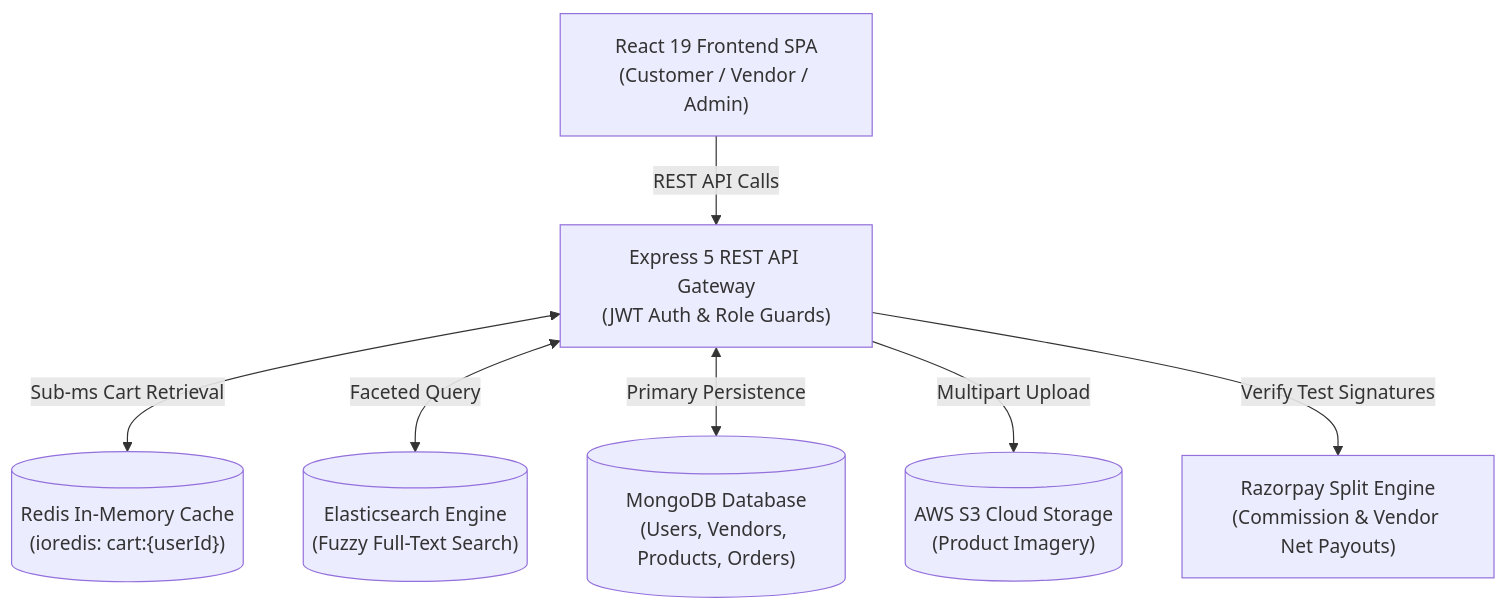
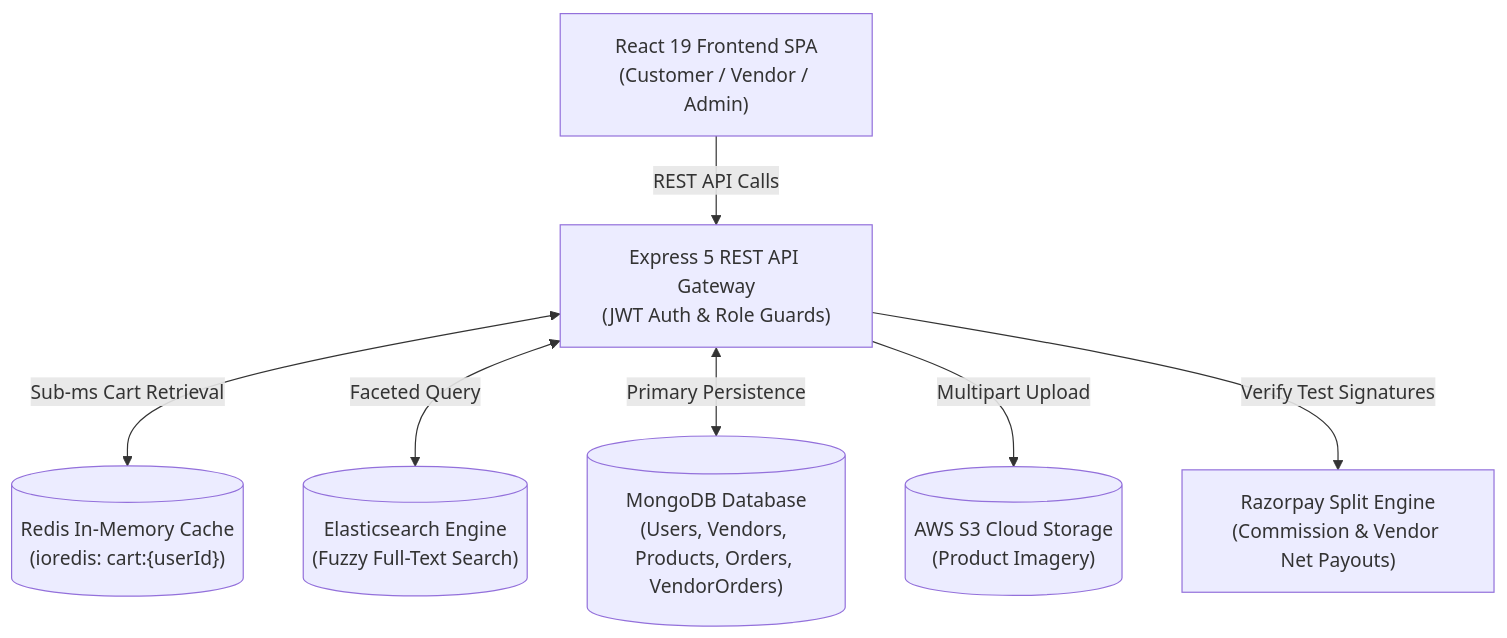
Before and after one commit to AnujUttam/Vendora: the diagram in README.md, drawn with Mermaid. The commit also changed other lines of this file and 61 other files, not shown here.

Commit message:
feat(marketplace): complete full-stack Vendora platform with multi-vendor architecture, categories, wishlist, merchant storefronts, and atlas dns resilience

````diff
--- a/README.md
+++ b/README.md
@@ -72,17 +83,17 @@
 ```mermaid
 flowchart TD
     Client["React 19 Frontend SPA\n(Customer / Vendor / Admin)"]
     API["Express 5 REST API Gateway\n(JWT Auth & Role Guards)"]
     Redis[("Redis In-Memory Cache\n(ioredis: cart:{userId})")]
     ES[("Elasticsearch Engine\n(Fuzzy Full-Text Search)")]
-    MongoDB[("MongoDB Database\n(Users, Vendors, Products, Orders)")]
+    MongoDB[("MongoDB Database\n(Users, Vendors, Products, Orders, VendorOrders)")]
     S3[("AWS S3 Cloud Storage\n(Product Imagery)")]
     Payment["Razorpay Split Engine\n(Commission & Vendor Net Payouts)"]
 
     Client -->|REST API Calls| API
     API <-->|Sub-ms Cart Retrieval| Redis
     API <-->|Faceted Query| ES
     API <-->|Primary Persistence| MongoDB
     API -->|Multipart Upload| S3
     API -->|Verify Test Signatures| Payment
 ```
````
